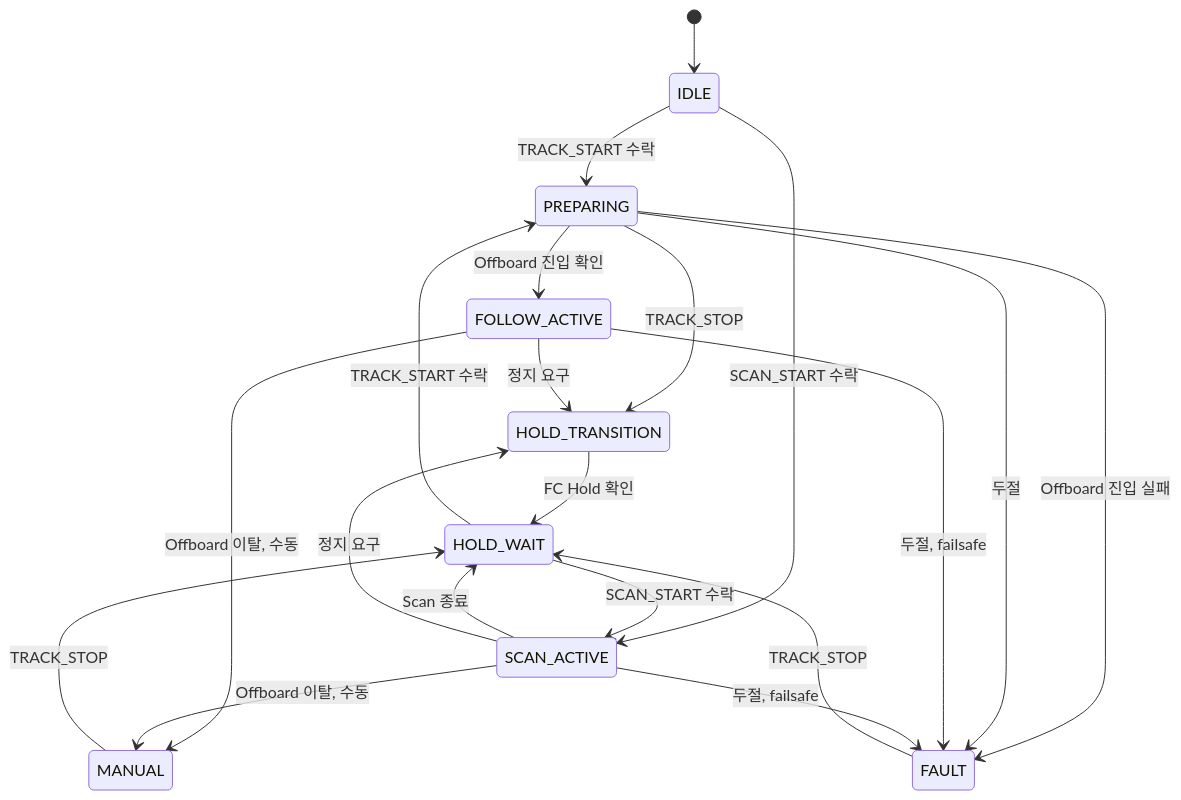
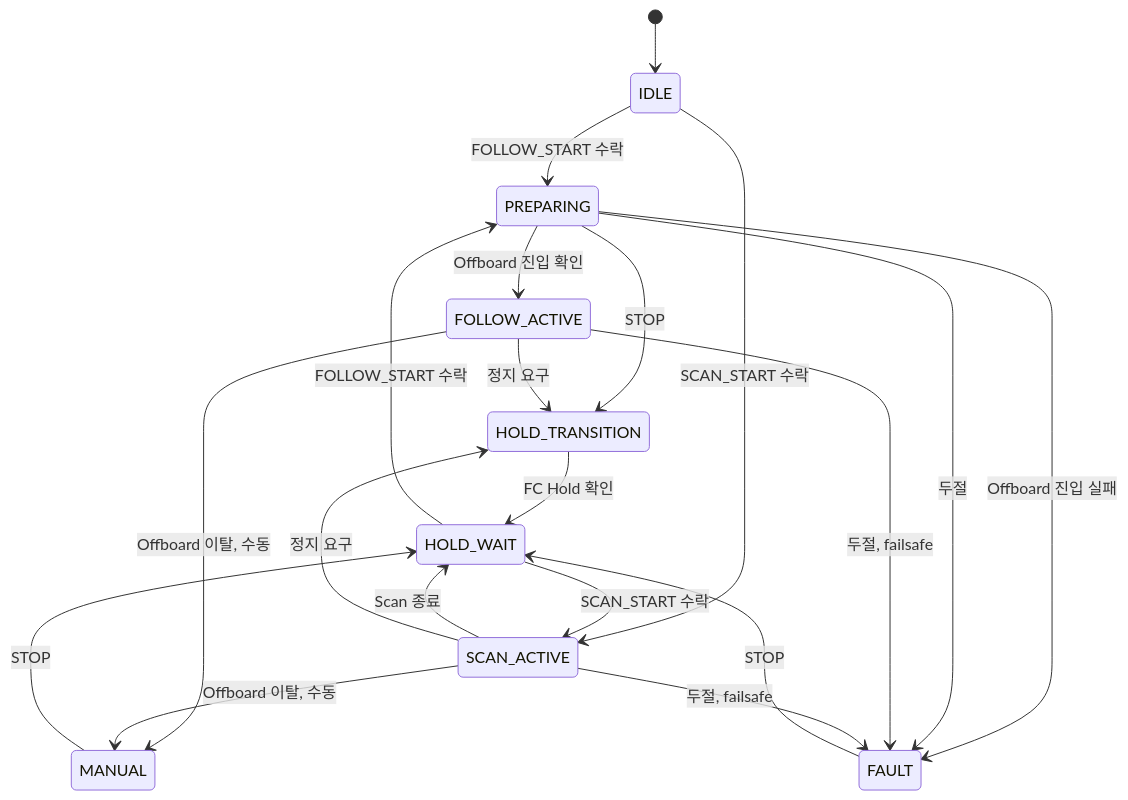
The first of 2 diagrams in docs/design/uml/state_machine.md (lig-argus/argus-edge-vision), drawn with Mermaid before and after one commit. The commit also changed other lines of this file and 17 other files, not shown here.

````diff
--- a/docs/design/uml/state_machine.md
+++ b/docs/design/uml/state_machine.md
@@ -11,22 +11,22 @@
 ```mermaid
 stateDiagram-v2
     [*] --> IDLE
-    IDLE --> PREPARING : TRACK_START 수락
-    HOLD_WAIT --> PREPARING : TRACK_START 수락
+    IDLE --> PREPARING : FOLLOW_START 수락
+    HOLD_WAIT --> PREPARING : FOLLOW_START 수락
     PREPARING --> FOLLOW_ACTIVE : Offboard 진입 확인
     PREPARING --> FAULT : Offboard 진입 실패
-    PREPARING --> HOLD_TRANSITION : TRACK_STOP
+    PREPARING --> HOLD_TRANSITION : STOP
     IDLE --> SCAN_ACTIVE : SCAN_START 수락
     HOLD_WAIT --> SCAN_ACTIVE : SCAN_START 수락
     SCAN_ACTIVE --> HOLD_WAIT : Scan 종료
     FOLLOW_ACTIVE --> HOLD_TRANSITION : 정지 요구
     SCAN_ACTIVE --> HOLD_TRANSITION : 정지 요구
     HOLD_TRANSITION --> HOLD_WAIT : FC Hold 확인
     FOLLOW_ACTIVE --> MANUAL : Offboard 이탈, 수동
     SCAN_ACTIVE --> MANUAL : Offboard 이탈, 수동
     PREPARING --> FAULT : 두절
     FOLLOW_ACTIVE --> FAULT : 두절, failsafe
     SCAN_ACTIVE --> FAULT : 두절, failsafe
-    MANUAL --> HOLD_WAIT : TRACK_STOP
-    FAULT --> HOLD_WAIT : TRACK_STOP
+    MANUAL --> HOLD_WAIT : STOP
+    FAULT --> HOLD_WAIT : STOP
 ```
````
